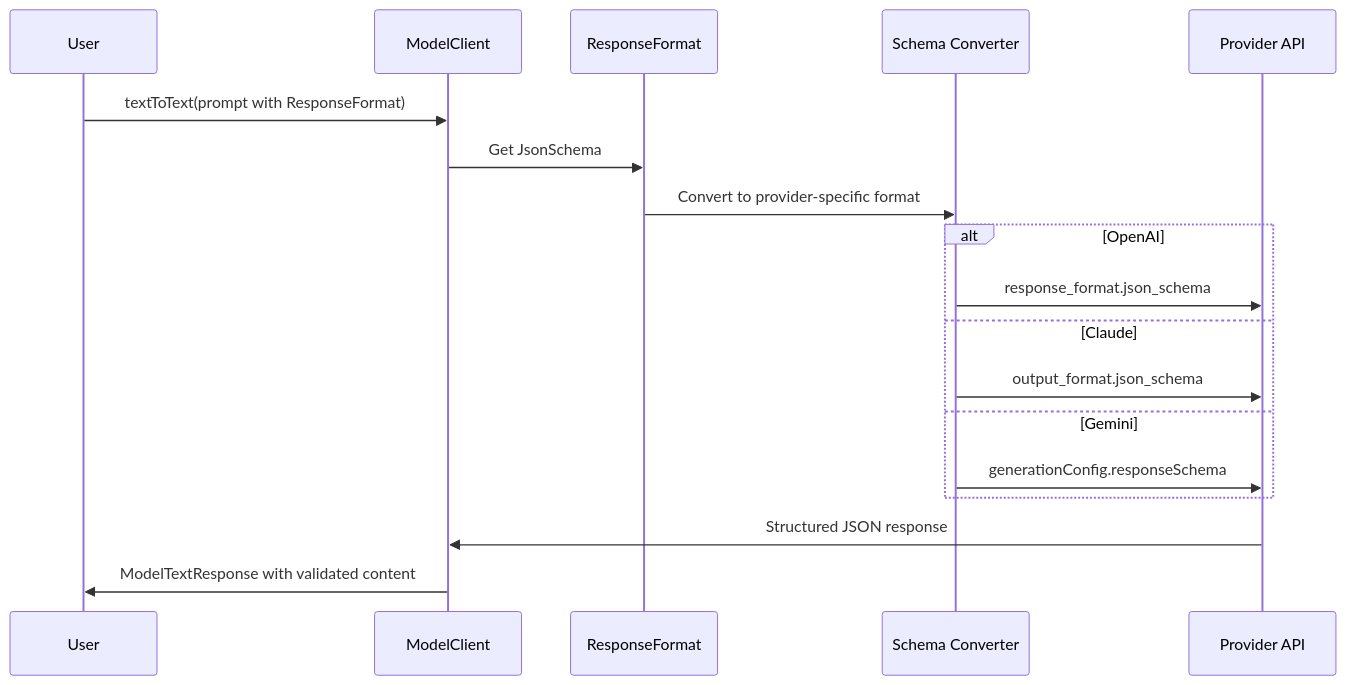
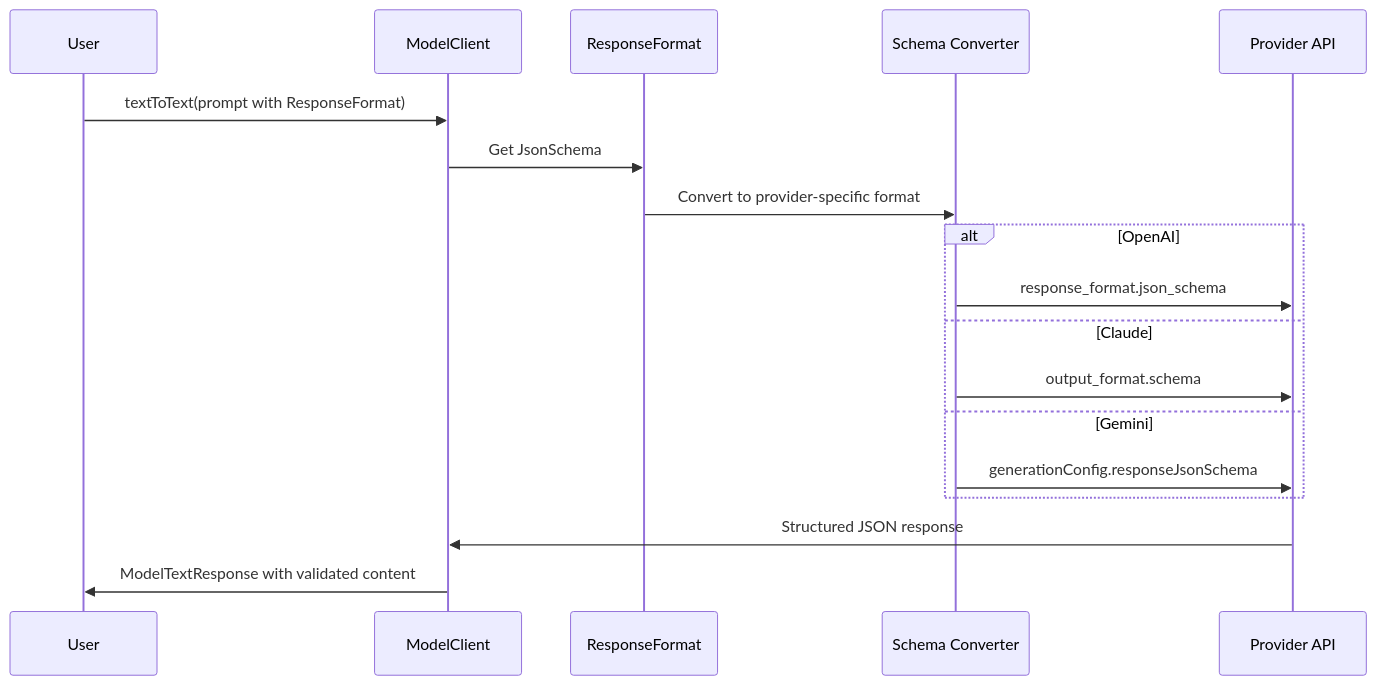
One commit to driftkit-ai/driftkit-framework changed the second of 19 diagrams in docs/STRUCTURED_OUTPUTS_IMPLEMENTATION.md. Above: the diagram before and after it, drawn with Mermaid. The commit also changed other lines of this file and 5 other files, not shown here.

````diff
--- a/docs/STRUCTURED_OUTPUTS_IMPLEMENTATION.md
+++ b/docs/STRUCTURED_OUTPUTS_IMPLEMENTATION.md
@@ -65,23 +65,23 @@
 ```mermaid
 sequenceDiagram
     participant U as User
     participant MC as ModelClient
     participant RF as ResponseFormat
     participant Conv as Schema Converter
     participant API as Provider API
 
     U->>MC: textToText(prompt with ResponseFormat)
     MC->>RF: Get JsonSchema
     RF->>Conv: Convert to provider-specific format
 
     alt OpenAI
         Conv->>API: response_format.json_schema
     else Claude
-        Conv->>API: output_format.json_schema
+        Conv->>API: output_format.schema
     else Gemini
-        Conv->>API: generationConfig.responseSchema
+        Conv->>API: generationConfig.responseJsonSchema
     end
 
     API->>MC: Structured JSON response
     MC->>U: ModelTextResponse with validated content
 ```
````
